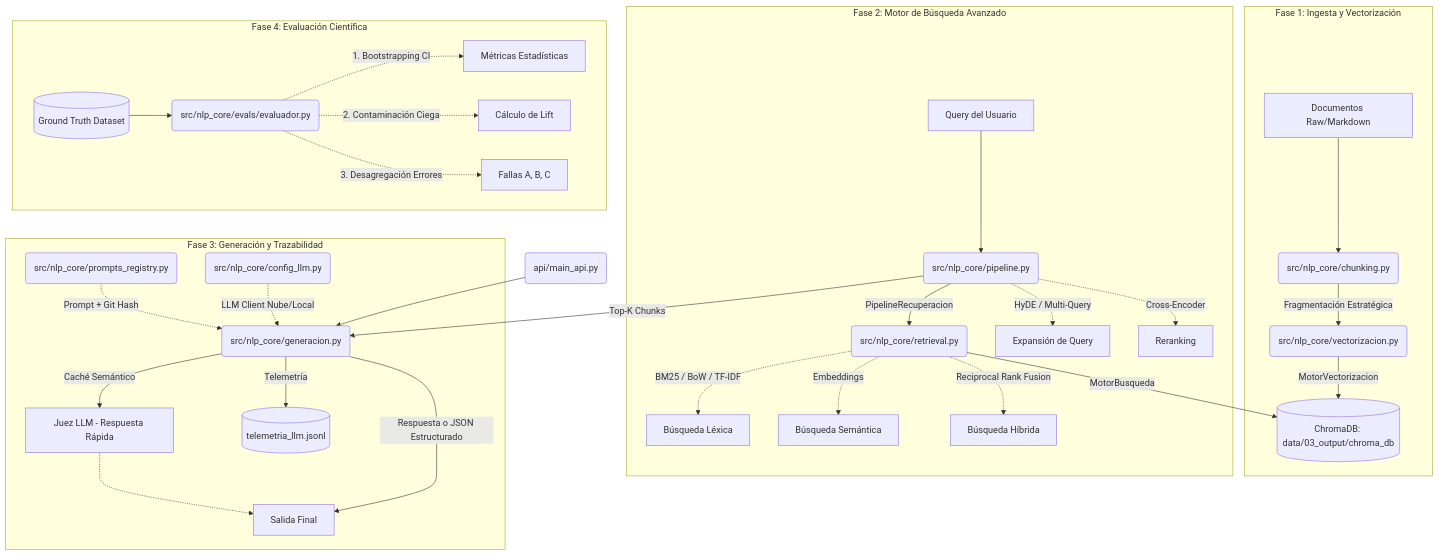
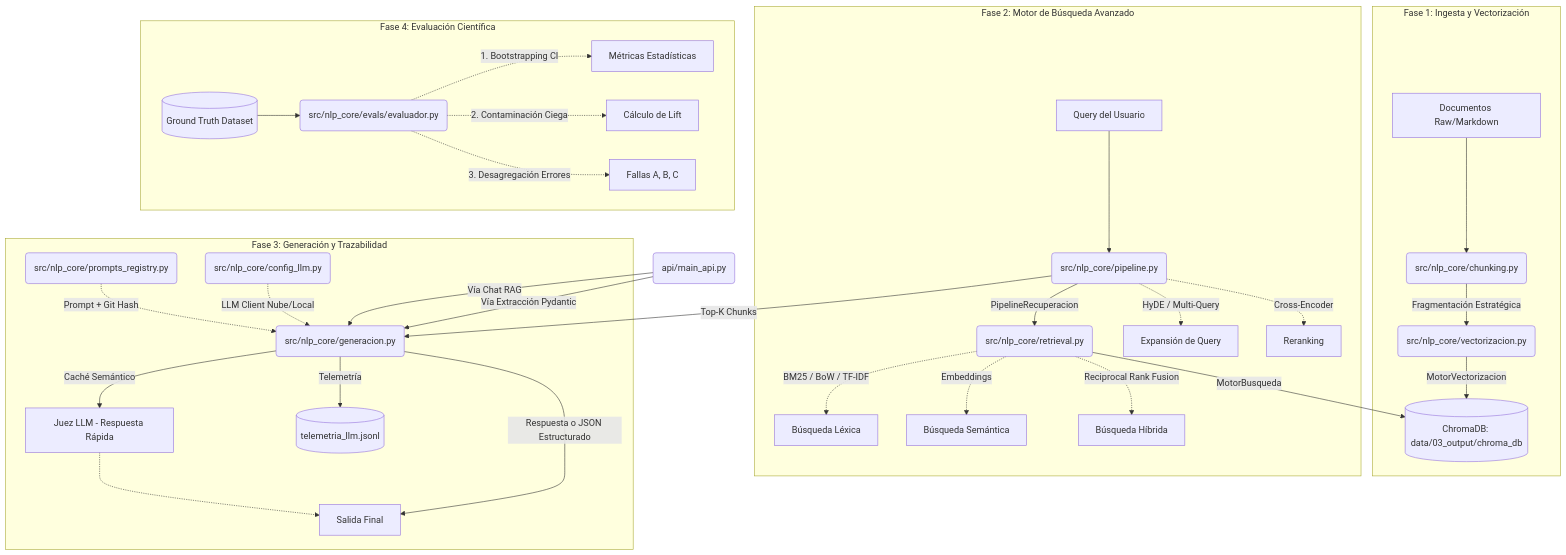
One commit to alexandro-mayoral-teran/proyecto_disf_npl changed the diagram in docs/arquitectura/arquitectura_rag.md. Above: the diagram before and after it, drawn with Mermaid. The commit also changed other lines of this file and 53 other files, not shown here.

````diff
--- a/docs/arquitectura/arquitectura_rag.md
+++ b/docs/arquitectura/arquitectura_rag.md
@@ -15,45 +15,46 @@
 ```mermaid
 graph TD
     %% Ingesta y Vectorización
     subgraph Fase 1: Ingesta y Vectorización
         A[Documentos Raw/Markdown] --> B(src/nlp_core/chunking.py)
         B -->|Fragmentación Estratégica| C(src/nlp_core/vectorizacion.py)
         C -->|MotorVectorizacion| D[(ChromaDB: data/03_output/chroma_db)]
     end
 
     %% Recuperación (Retrieval)
     subgraph Fase 2: Motor de Búsqueda Avanzado
         U[Query del Usuario] --> E(src/nlp_core/pipeline.py)
         E -->|PipelineRecuperacion| F(src/nlp_core/retrieval.py)
         F -->|MotorBusqueda| D
         F -.->|BM25 / BoW / TF-IDF| G[Búsqueda Léxica]
         F -.->|Embeddings| H[Búsqueda Semántica]
         F -.->|Reciprocal Rank Fusion| I[Búsqueda Híbrida]
         E -.->|HyDE / Multi-Query| J[Expansión de Query]
         E -.->|Cross-Encoder| K[Reranking]
     end
 
     %% Generación y Orquestación
     subgraph Fase 3: Generación y Trazabilidad
         L(src/nlp_core/generacion.py)
         E -->|Top-K Chunks| L
         M(src/nlp_core/prompts_registry.py) -.->|Prompt + Git Hash| L
         N(src/nlp_core/config_llm.py) -.->|LLM Client Nube/Local| L
         L -->|Caché Semántico| CACHE[Juez LLM - Respuesta Rápida]
         CACHE -.-> O
         L -->|Respuesta o JSON Estructurado| O[Salida Final]
         L -->|Telemetría| P[(telemetria_llm.jsonl)]
     end
 
     %% Evaluación Científica
     subgraph Fase 4: Evaluación Científica
         Q(src/nlp_core/evals/evaluador.py)
         R[(Ground Truth Dataset)] --> Q
         Q -.->|1. Bootstrapping CI| S[Métricas Estadísticas]
         Q -.->|2. Contaminación Ciega| T[Cálculo de Lift]
         Q -.->|3. Desagregación Errores| U_eval[Fallas A, B, C]
     end
 
-    %% API
-    V(api/main_api.py) --> L
+    %% API e Interfaces
+    V(api/main_api.py) -->|Vía Chat RAG| L
+    V -->|Vía Extracción Pydantic| L
 ```
````
